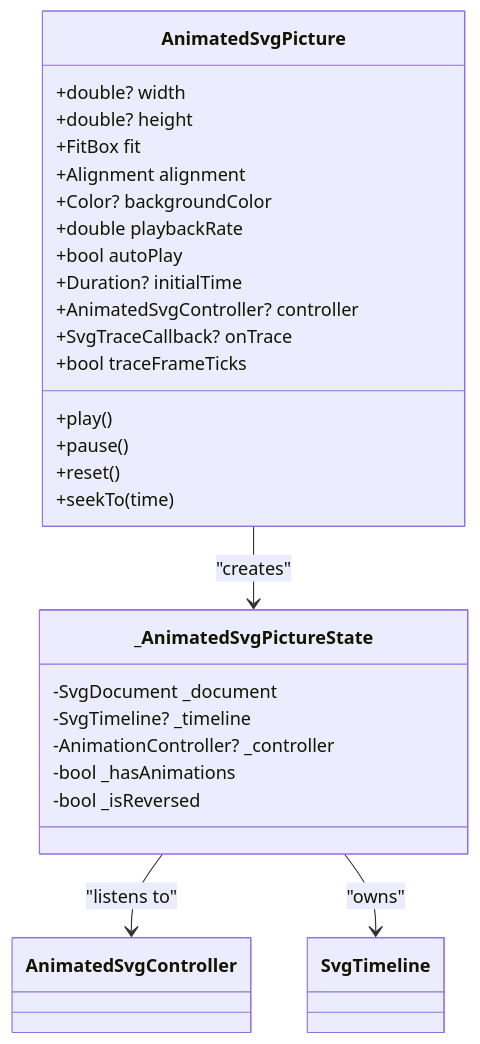
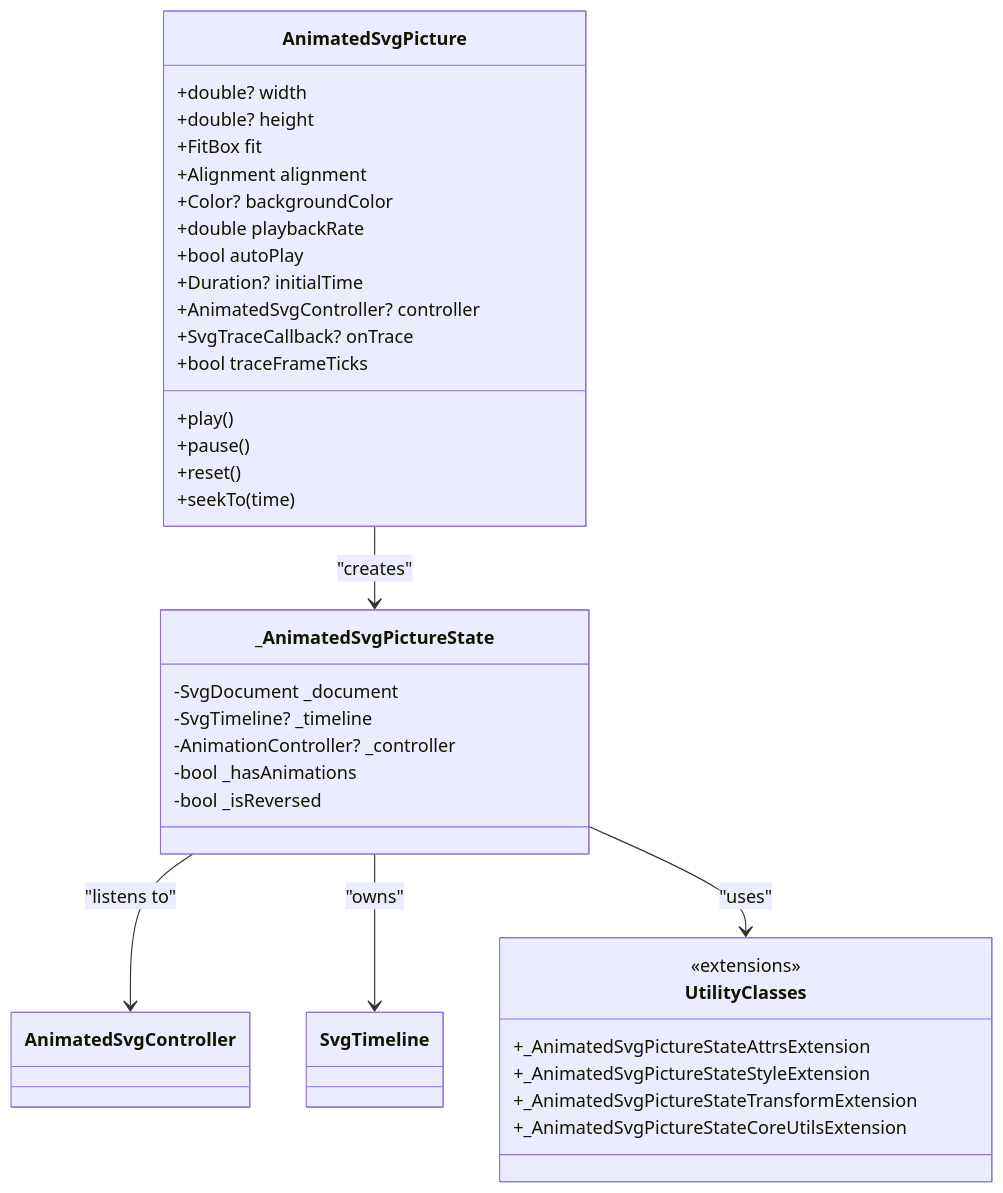
Before and after one commit to denisnadey/flutter_full_svg_support: the third of 13 diagrams in .qoder/repowiki/en/content/Animated SVG Support/Animated SVG Support.md, drawn with Mermaid. The commit also changed other lines of this file and 58 other files, not shown here.

First line of the commit message:
docs(animated-svg): add utility classes and enhance text rendering features

````diff
--- a/.qoder/repowiki/en/content/Animated SVG Support/Animated SVG Support.md
+++ b/.qoder/repowiki/en/content/Animated SVG Support/Animated SVG Support.md
@@ -142,30 +182,38 @@
 ```mermaid
 classDiagram
 class AnimatedSvgPicture {
 +double? width
 +double? height
 +FitBox fit
 +Alignment alignment
 +Color? backgroundColor
 +double playbackRate
 +bool autoPlay
 +Duration? initialTime
 +AnimatedSvgController? controller
 +SvgTraceCallback? onTrace
 +bool traceFrameTicks
 +play()
 +pause()
 +reset()
 +seekTo(time)
 }
 class _AnimatedSvgPictureState {
 -SvgDocument _document
 -SvgTimeline? _timeline
 -AnimationController? _controller
 -bool _hasAnimations
 -bool _isReversed
 }
+class UtilityClasses {
+<<extensions>>
++_AnimatedSvgPictureStateAttrsExtension
++_AnimatedSvgPictureStateStyleExtension
++_AnimatedSvgPictureStateTransformExtension
++_AnimatedSvgPictureStateCoreUtilsExtension
+}
 AnimatedSvgPicture --> _AnimatedSvgPictureState : "creates"
 _AnimatedSvgPictureState --> AnimatedSvgController : "listens to"
 _AnimatedSvgPictureState --> SvgTimeline : "owns"
+_AnimatedSvgPictureState --> UtilityClasses : "uses"
 ```
````
